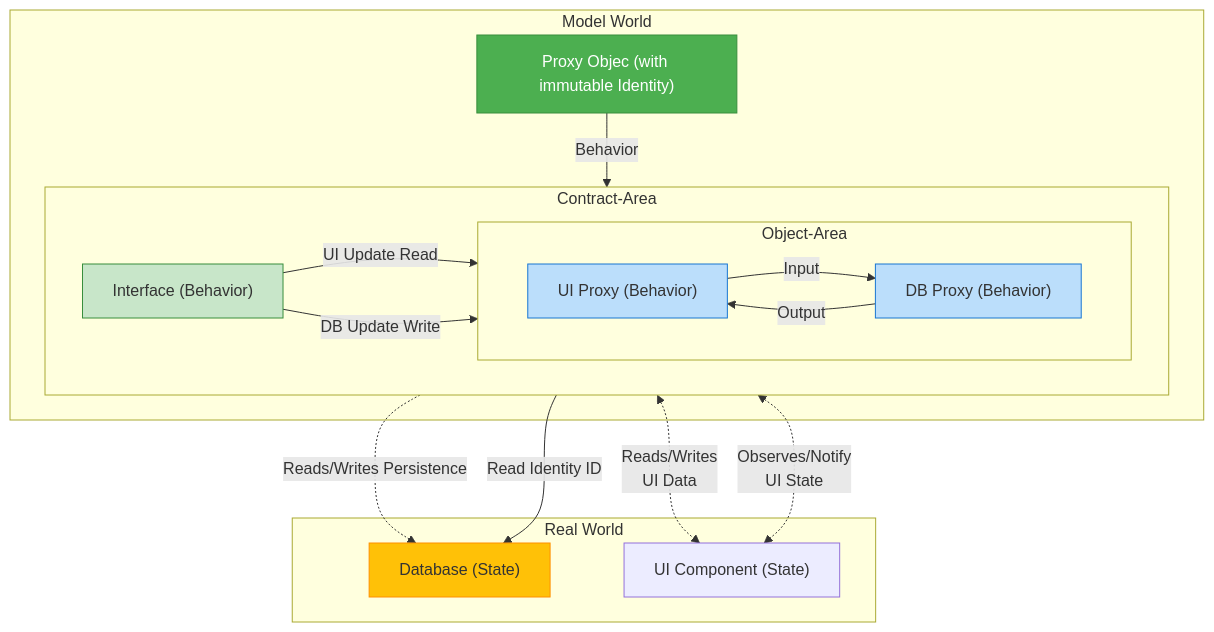
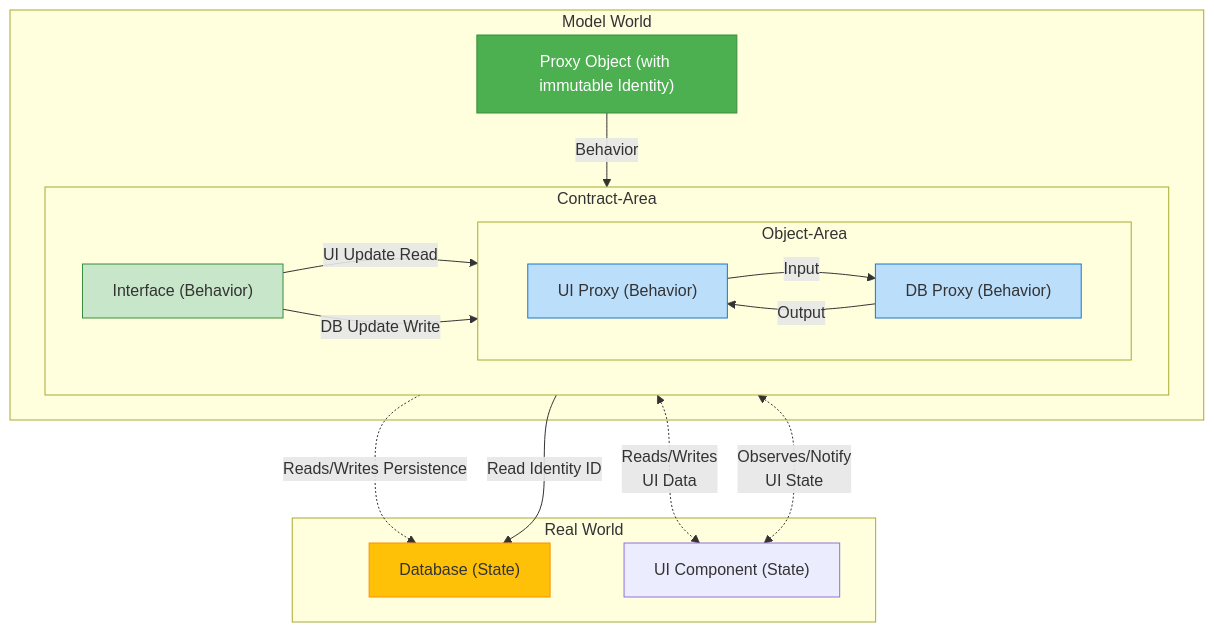
The diagram in blog/003_object_mechanics.md (andreas-wagner-dev/object-oriented-learning-journey), drawn with Mermaid before and after one commit. The commit also changed other lines of this file, not shown here.

````diff
--- a/blog/003_object_mechanics.md
+++ b/blog/003_object_mechanics.md
@@ -341,56 +347,55 @@
 ```mermaid
 %% Diagram 3: Simplified Flow of Data Animation and Behavior Delegation
 graph TB
     %% 1. Immutable Domain Object 
     subgraph Model World
 
-        A["Proxy Objec (with immutable Identity)"]
+        A["Proxy Object (with immutable Identity)"]
         style A fill:#4CAF50,stroke:#388E3C,color:#fff
 
         %% 2. The Contract and Behavior Delegation
         subgraph Contract-Area
         direction LR
             B["Interface (Behavior)"]
             style B fill:#C8E6C9,stroke:#388E3C
         
             %% 3. Technical Object Area (Real World Interface)
             subgraph Object-Area
              direction LR
                 C["UI Proxy (Behavior)"]
                 D["DB Proxy (Behavior)"]
 
                 style C fill:#BBDEFB,stroke:#1976D2
                 style D fill:#BBDEFB,stroke:#1976D2
             
                 %% Internal interface communication.
             
             end
 
         end
 
     end
 
     %% 4. The Real Mutable Data Storage
     subgraph Real World
         F["Database (State)"]
         style F fill:#FFC107,stroke:#FF8F00
 
         C <-.->|Reads/Writes<br/>UI Data| E["UI Component (State)"]
         C <-.->|Observes/Notify<br/>UI State| E
         D -.->|Reads/Writes Persistence| F
     end
     
     %% The Immutable Object holds the key and delegates all work to the interface.
 
-
     A -- Behavior --> B
     D -- Read Identity ID --> F
 
     %% The Interface is implemented by the technical components.
 
     B -- UI Update Read --> C
     B -- DB Update Write --> D
 
    C -- Input --> D
    D -- Output --> C
 ```
````
